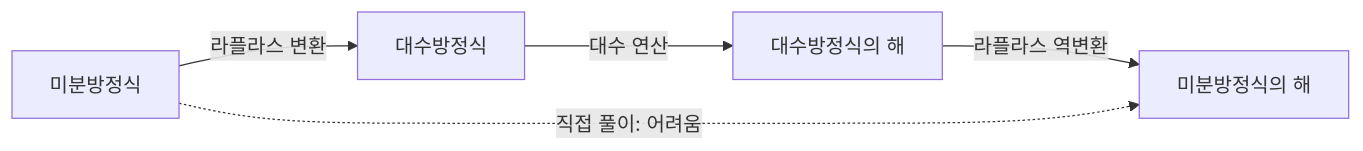
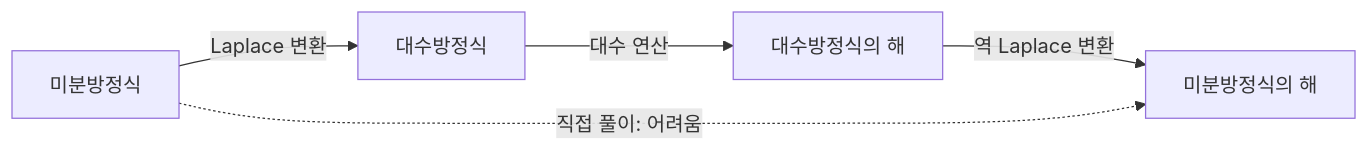
The second of 2 diagrams in Lecture-Notes/Week03_Fundamental-Engineering-Mathematics/Concepts_Lecture.ko.md (Choroning/25Fall_Neural-Network-Control-Systems), drawn with Mermaid before and after one commit. The commit also changed other lines of this file and 18 other files, not shown here.

````diff
--- a/Lecture-Notes/Week03_Fundamental-Engineering-Mathematics/Concepts_Lecture.ko.md
+++ b/Lecture-Notes/Week03_Fundamental-Engineering-Mathematics/Concepts_Lecture.ko.md
@@ -83,7 +83,7 @@
 ```mermaid
 flowchart LR
-    DE[미분방정식] -->|"라플라스 변환"| AE[대수방정식]
+    DE[미분방정식] -->|"Laplace 변환"| AE[대수방정식]
     AE -->|"대수 연산"| AS[대수방정식의 해]
-    AS -->|"라플라스 역변환"| DS[미분방정식의 해]
+    AS -->|"역 Laplace 변환"| DS[미분방정식의 해]
     DE -.->|"직접 풀이: 어려움"| DS
 ```
````
